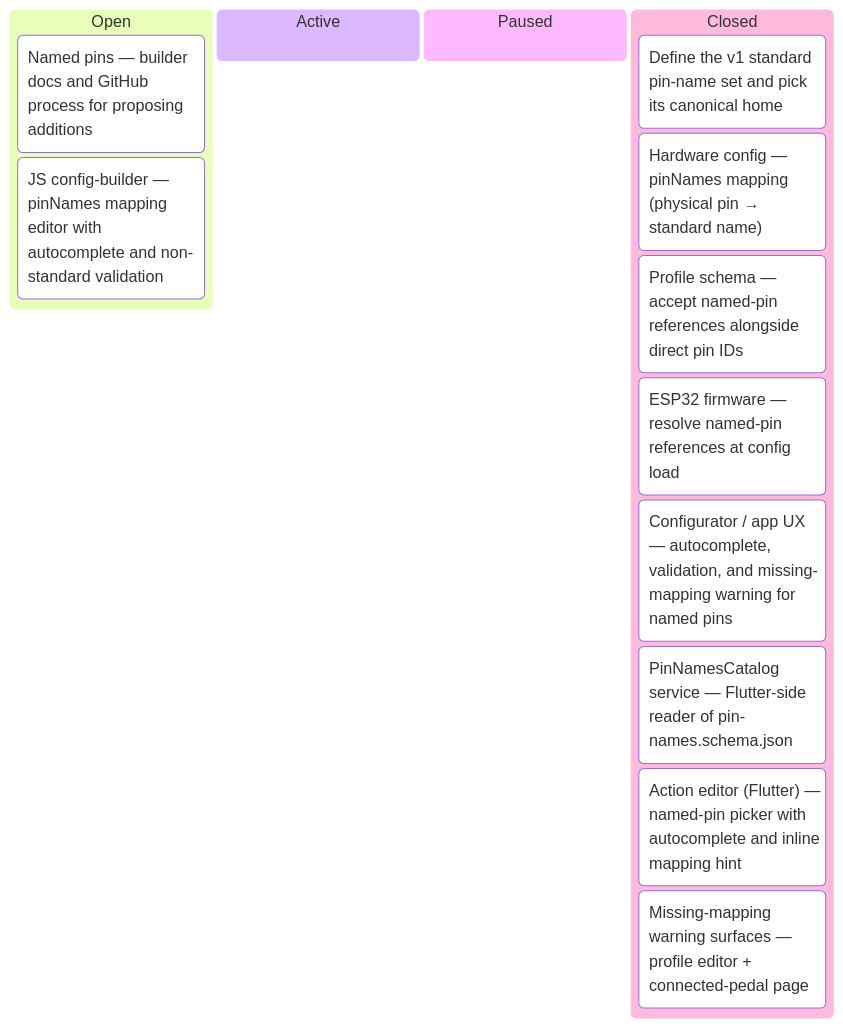
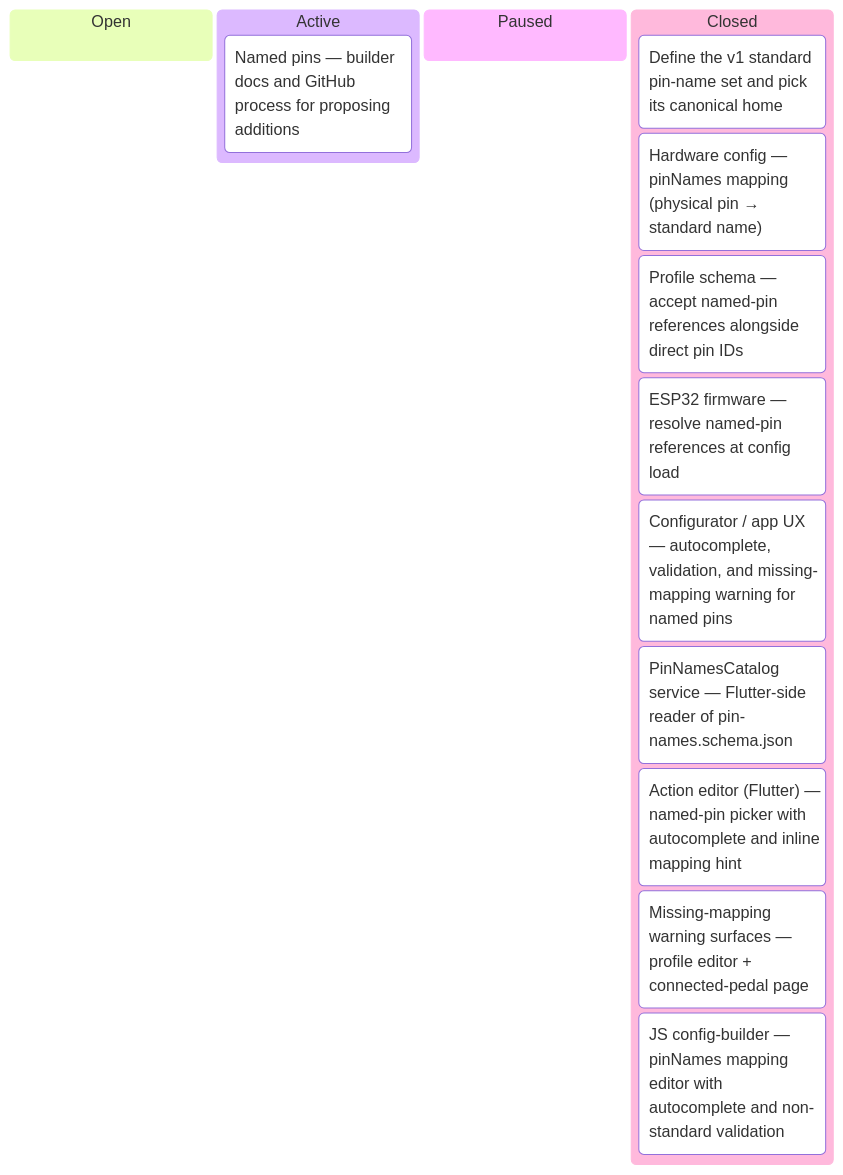
Before and after one commit to tgd1975/AwesomeGuitarPedal: the fourth of 9 diagrams in docs/developers/tasks/KANBAN.md, drawn with Mermaid. The commit also changed other lines of this file and 5 other files, not shown here.

First line of the commit message:
close TASK-392: JS config-builder pinNames UX (EPIC-029)

````diff
--- a/docs/developers/tasks/KANBAN.md
+++ b/docs/developers/tasks/KANBAN.md
@@ -52,17 +52,17 @@
 ```mermaid
 kanban
   Open
+  Active
     TASK_382["Named pins — builder docs and GitHub process for proposing additions"]
-    TASK_392["JS config-builder — pinNames mapping editor with autocomplete and non-standard validation"]
-  Active
   Paused
   Closed
     TASK_377["Define the v1 standard pin-name set and pick its canonical home"]
     TASK_378["Hardware config — pinNames mapping (physical pin → standard name)"]
     TASK_379["Profile schema — accept named-pin references alongside direct pin IDs"]
     TASK_380["ESP32 firmware — resolve named-pin references at config load"]
     TASK_381["Configurator / app UX — autocomplete, validation, and missing-mapping warning for named pins"]
     TASK_389["PinNamesCatalog service — Flutter-side reader of pin-names.schema.json"]
     TASK_390["Action editor (Flutter) — named-pin picker with autocomplete and inline mapping hint"]
     TASK_391["Missing-mapping warning surfaces — profile editor + connected-pedal page"]
+    TASK_392["JS config-builder — pinNames mapping editor with autocomplete and non-standard validation"]
 ```
````
